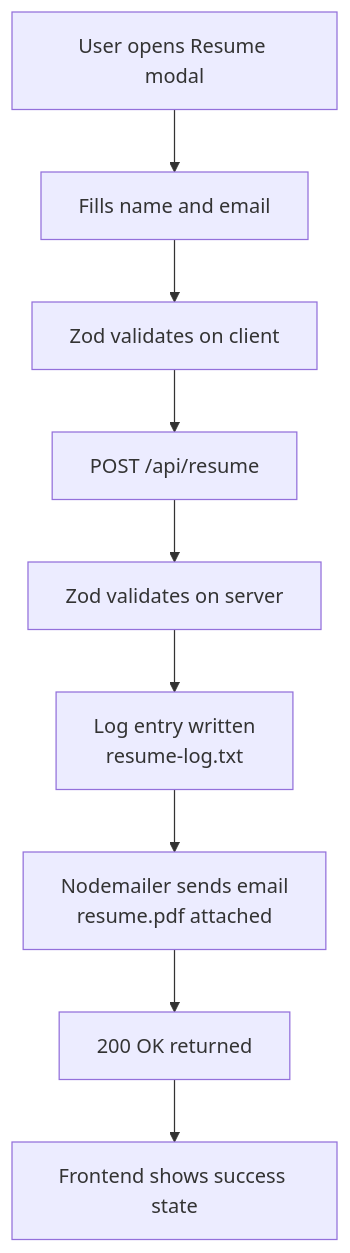
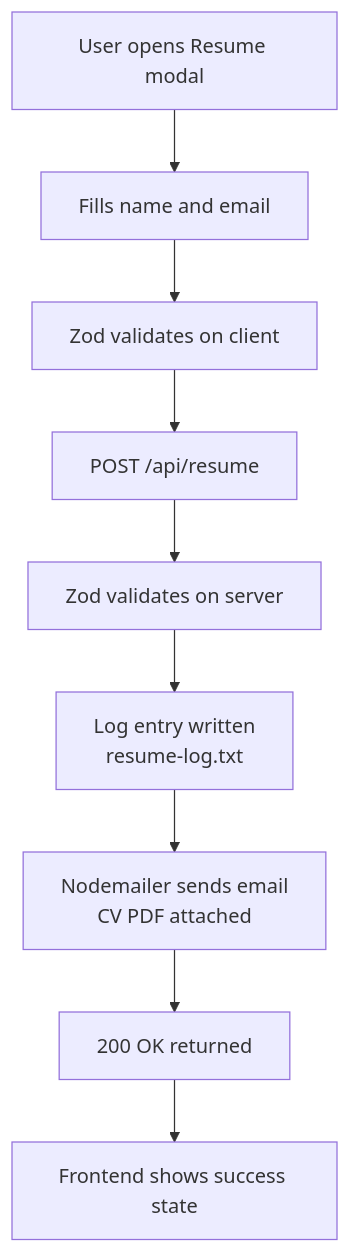
Before and after one commit to oyedokunken/oyedokun-SWE: the third of 4 diagrams in README.md, drawn with Mermaid. The commit also changed other lines of this file and 42 other files, not shown here.

````diff
--- a/README.md
+++ b/README.md
@@ -152,11 +154,11 @@
 ```mermaid
 flowchart TD
     A[User opens Resume modal] --> B[Fills name and email]
     B --> C[Zod validates on client]
     C --> D[POST /api/resume]
     D --> E[Zod validates on server]
     E --> F[Log entry written<br/>resume-log.txt]
-    F --> G[Nodemailer sends email<br/>resume.pdf attached]
+    F --> G[Nodemailer sends email<br/>CV PDF attached]
     G --> H[200 OK returned]
     H --> I[Frontend shows success state]
 ```
````
